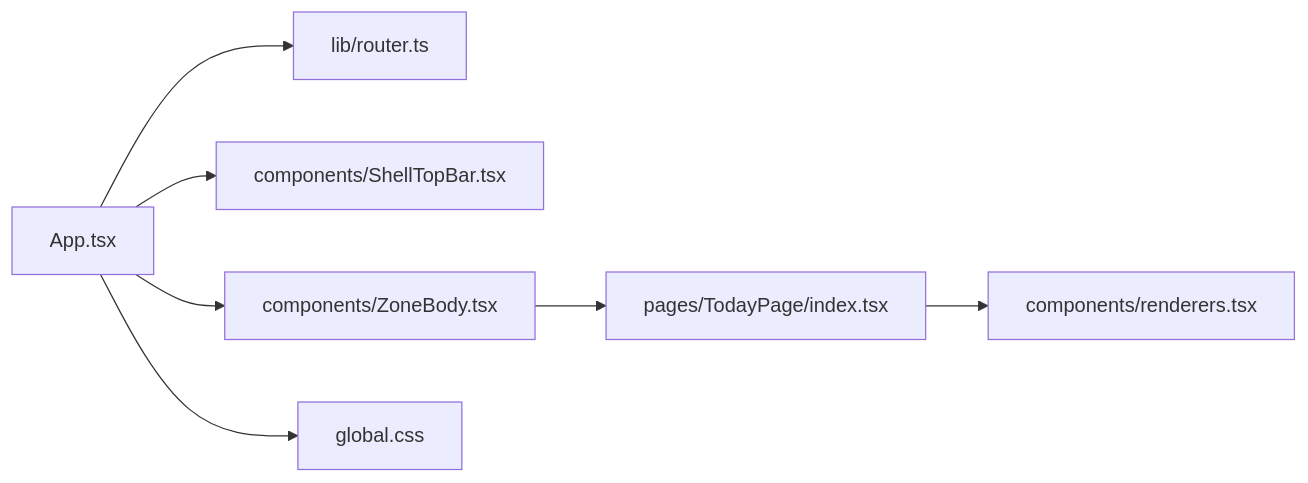
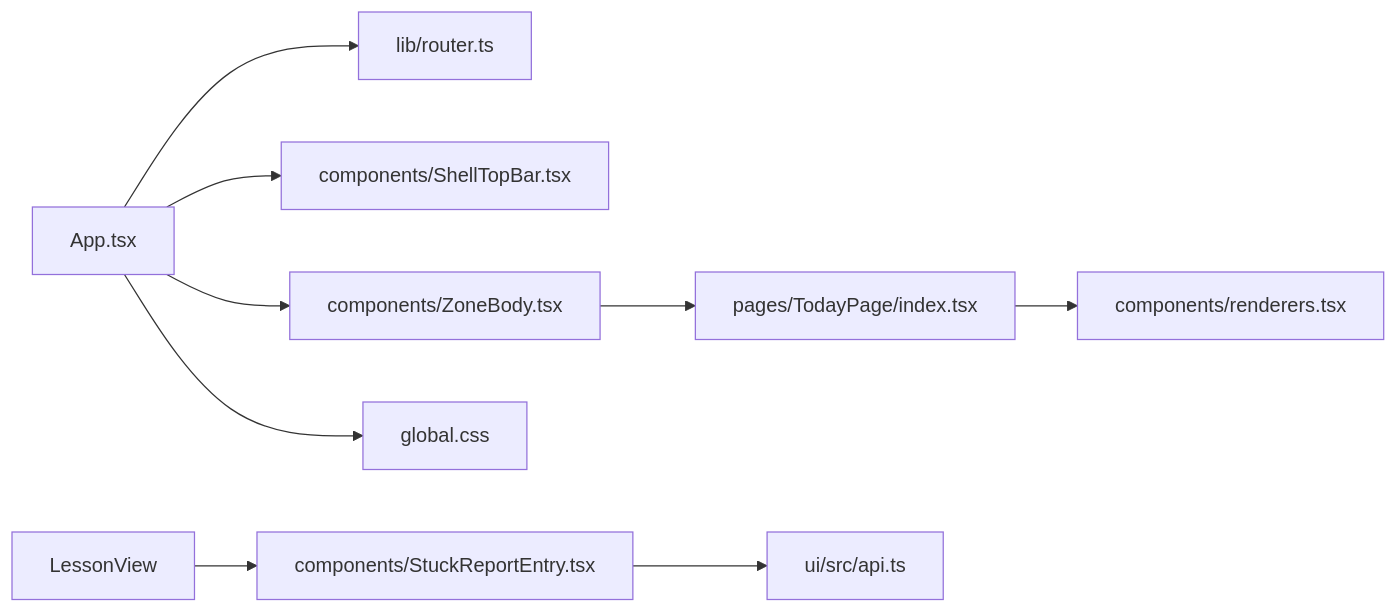
The eighth of 8 diagrams in .qoder/repowiki/zh/content/架构设计/前端架构/UI 组件库使用/UI 组件库使用.md (maozhijie/learnhub-plugin), drawn with Mermaid before and after one commit. The commit also changed other lines of this file and 8 other files, not shown here.

````diff
--- a/.qoder/repowiki/zh/content/架构设计/前端架构/UI 组件库使用/UI 组件库使用.md
+++ b/.qoder/repowiki/zh/content/架构设计/前端架构/UI 组件库使用/UI 组件库使用.md
@@ -229,9 +284,11 @@
 ```mermaid
 graph LR
 App["App.tsx"] --> Router["lib/router.ts"]
 App --> TopBar["components/ShellTopBar.tsx"]
 App --> Zone["components/ZoneBody.tsx"]
 Zone --> Today["pages/TodayPage/index.tsx"]
 Today --> Renderers["components/renderers.tsx"]
 App --> Global["global.css"]
+LessonView --> StuckReportEntry["components/StuckReportEntry.tsx"]
+StuckReportEntry --> Api["ui/src/api.ts"]
 ```
````
